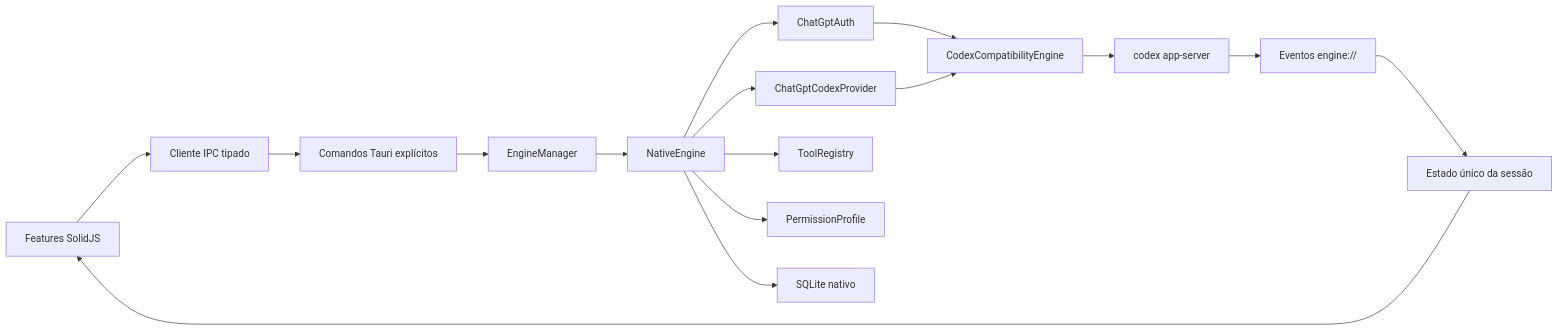
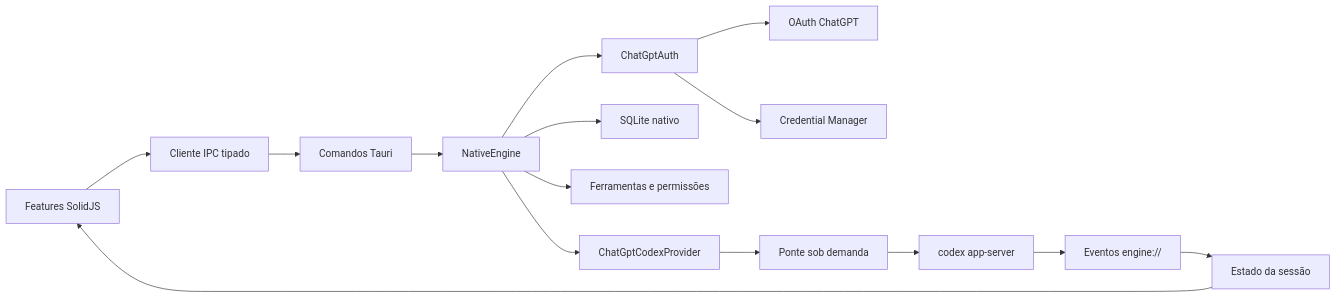
One commit to BRUN0R2/codex-app changed the diagram in docs/ARCHITECTURE.md. Above: the diagram before and after it, drawn with Mermaid. The commit also changed other lines of this file and 33 other files, not shown here.

Commit message:
Implement native ChatGPT authentication

````diff
--- a/docs/ARCHITECTURE.md
+++ b/docs/ARCHITECTURE.md
@@ -5,18 +5,17 @@
 ```mermaid
 flowchart LR
-    UI["Features SolidJS"] --> Client["Cliente IPC tipado"]
-    Client --> Commands["Comandos Tauri explícitos"]
-    Commands --> Manager["EngineManager"]
-    Manager --> Native["NativeEngine"]
-    Native --> Auth["ChatGptAuth"]
-    Native --> Provider["ChatGptCodexProvider"]
-    Native --> Tools["ToolRegistry"]
-    Native --> Policy["PermissionProfile"]
-    Native --> Store["SQLite nativo"]
-    Auth --> Bridge["CodexCompatibilityEngine"]
-    Provider --> Bridge
+    UI["Features SolidJS"] --> IPC["Cliente IPC tipado"]
+    IPC --> Commands["Comandos Tauri"]
+    Commands --> Engine["NativeEngine"]
+    Engine --> Auth["ChatGptAuth"]
+    Auth --> OAuth["OAuth ChatGPT"]
+    Auth --> Keyring["Credential Manager"]
+    Engine --> Store["SQLite nativo"]
+    Engine --> Policy["Ferramentas e permissões"]
+    Engine --> Provider["ChatGptCodexProvider"]
+    Provider --> Bridge["Ponte sob demanda"]
     Bridge --> Server["codex app-server"]
     Server --> Events["Eventos engine://"]
-    Events --> Session["Estado único da sessão"]
+    Events --> Session["Estado da sessão"]
     Session --> UI
 ```
````
